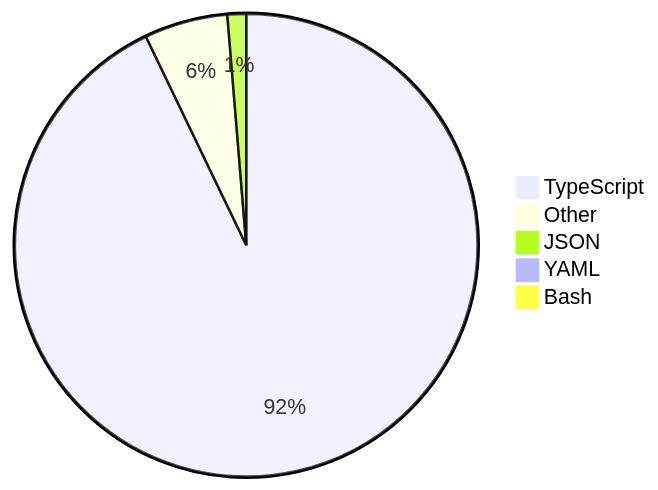
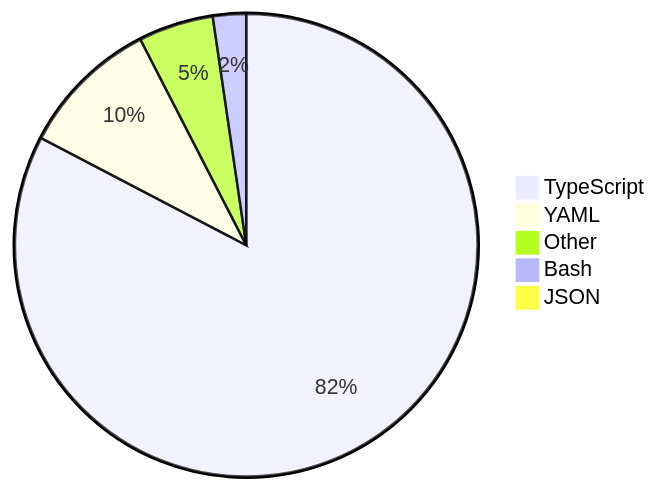
Before and after one commit to skvggor/skvggor: the diagram in README.md, drawn with Mermaid.

Commit message:
Updated waka-readme graph with new metrics

````diff
--- a/README.md
+++ b/README.md
@@ -14,8 +14,8 @@
 ```mermaid
 pie
-    "TypeScript" : 92.4
-    "Other" : 5.8
-    "JSON" : 1.3
-    "YAML" : 0.4
-    "Bash" : 0.0
+    "TypeScript" : 82.0
+    "YAML" : 9.7
+    "Other" : 5.2
+    "Bash" : 2.3
+    "JSON" : 0.7
 ```
````
